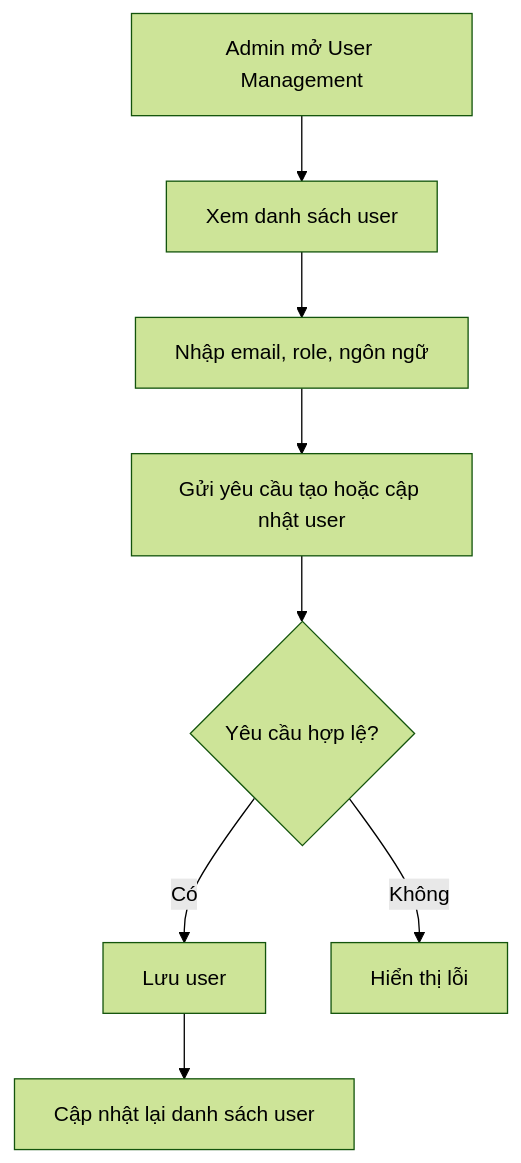
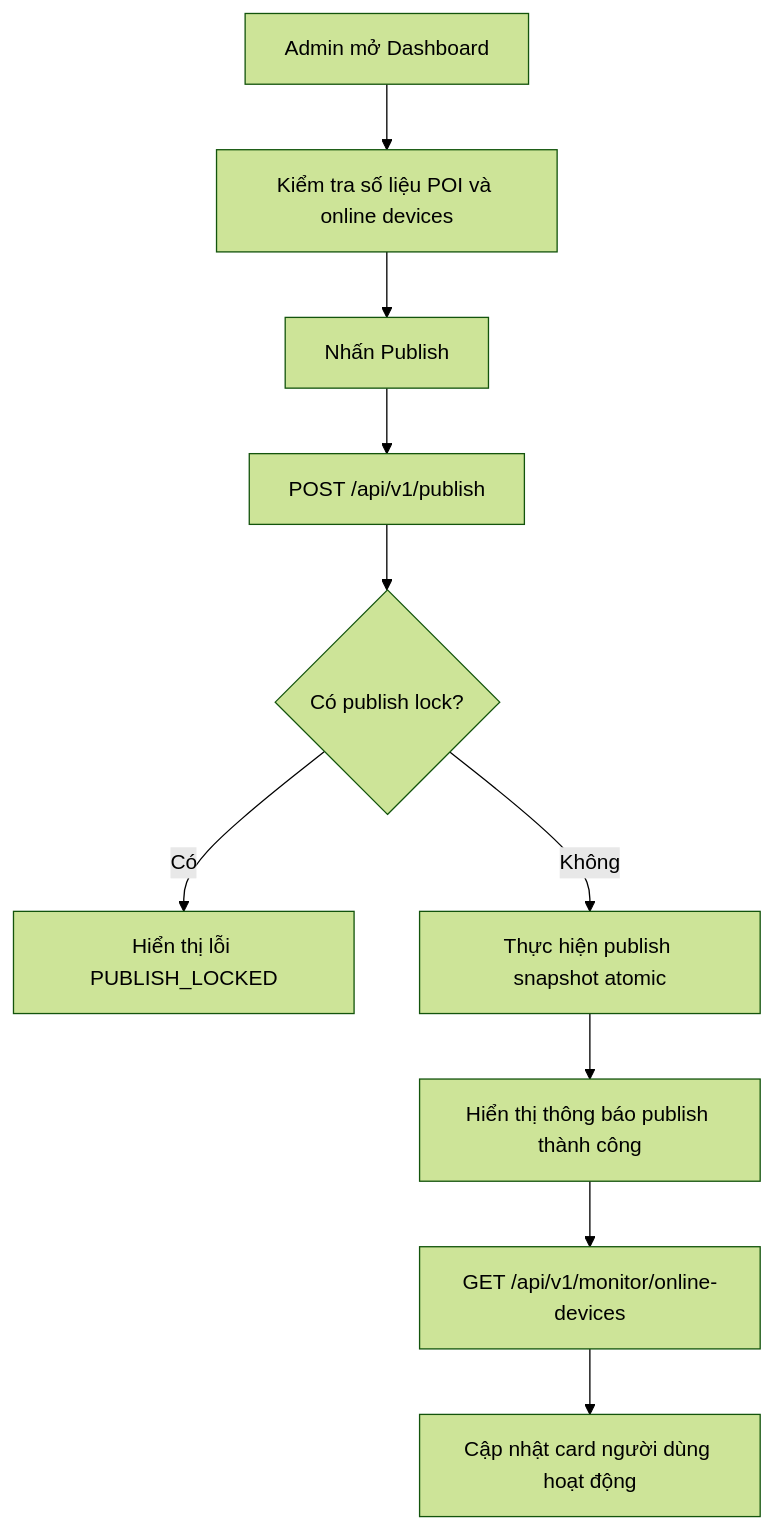
Before and after one commit to lesondowski/Seminar: the sixth of 13 diagrams in docs/ACTIVITY_DIAGRAMS.md, drawn with Mermaid (forest theme). The commit also changed other lines of this file and 282 other files, not shown here.

````diff
--- a/docs/ACTIVITY_DIAGRAMS.md
+++ b/docs/ACTIVITY_DIAGRAMS.md
@@ -104,10 +133,12 @@
 ```mermaid
 flowchart TD
-    A[Admin mở User Management] --> B[Xem danh sách user]
-    B --> C[Nhập email, role, ngôn ngữ]
-    C --> D[Gửi yêu cầu tạo hoặc cập nhật user]
-    D --> E{Yêu cầu hợp lệ?}
-    E -->|Có| F[Lưu user]
-    E -->|Không| G[Hiển thị lỗi]
-    F --> H[Cập nhật lại danh sách user]
+    A[Admin mở Dashboard] --> B[Kiểm tra số liệu POI và online devices]
+    B --> C[Nhấn Publish]
+    C --> D[POST /api/v1/publish]
+    D --> E{Có publish lock?}
+    E -->|Có| F[Hiển thị lỗi PUBLISH_LOCKED]
+    E -->|Không| G[Thực hiện publish snapshot atomic]
+    G --> H[Hiển thị thông báo publish thành công]
+    H --> I[GET /api/v1/monitor/online-devices]
+    I --> J[Cập nhật card người dùng hoạt động]
 ```
````
